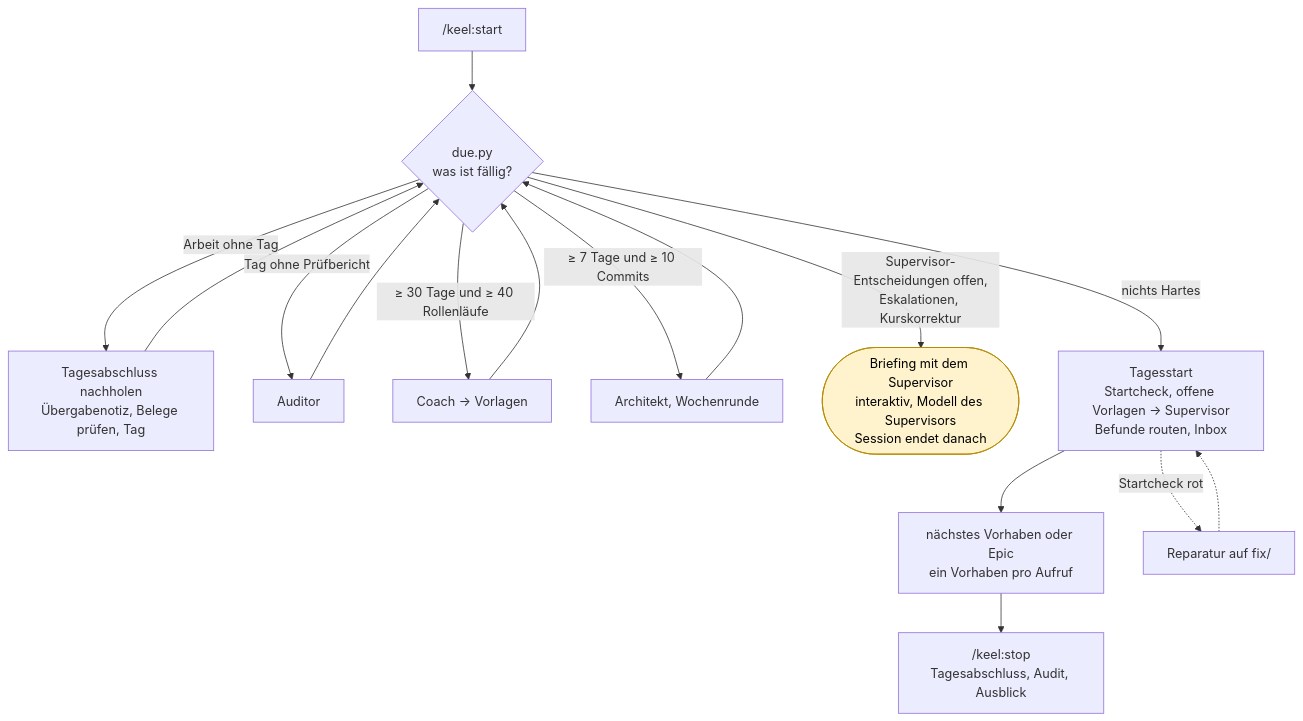
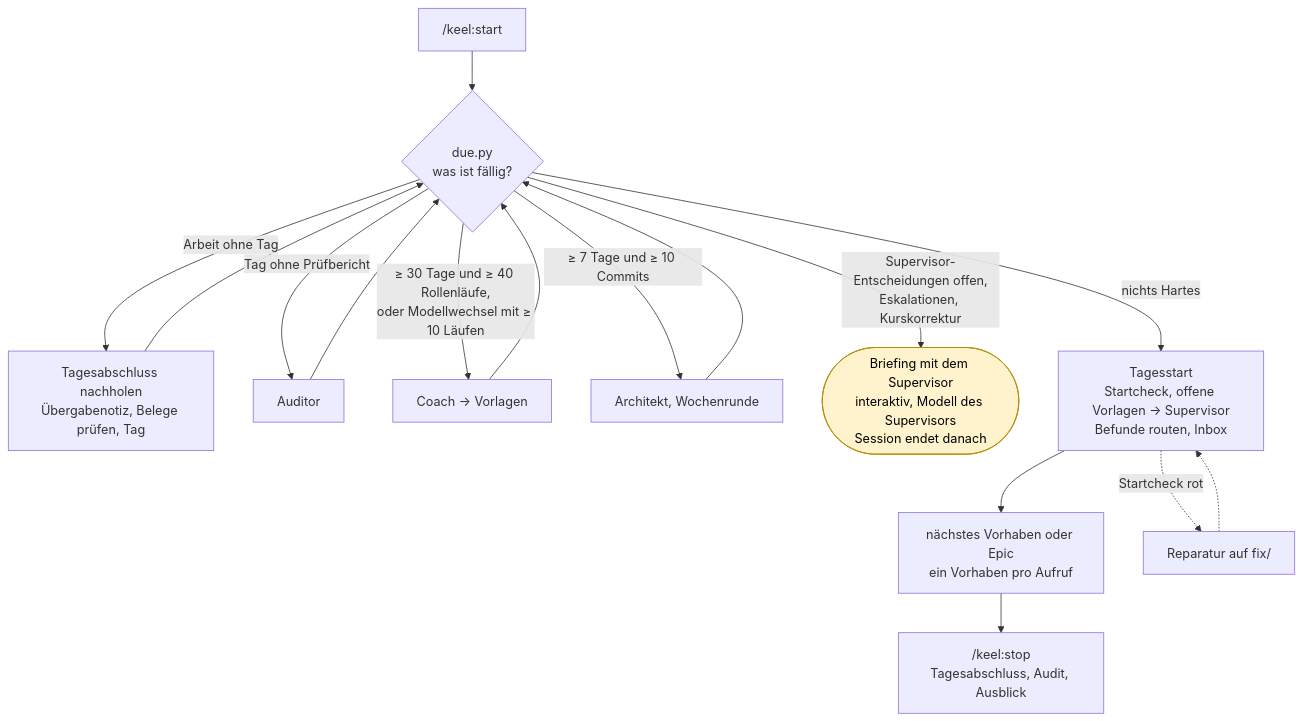
Before and after one commit to xXExceptionXx/keel: the second of 7 diagrams in docs/system.md, drawn with Mermaid. The commit also changed 15 other files, not shown here.

````diff
--- a/docs/system.md
+++ b/docs/system.md
@@ -53,20 +53,20 @@
 ```mermaid
 flowchart TD
     S["/keel:start"] --> D{"due.py<br/>was ist fällig?"}
     D -->|Arbeit ohne Tag| TA["Tagesabschluss nachholen<br/>Übergabenotiz, Belege prüfen, Tag"]
     TA --> D
     D -->|Tag ohne Prüfbericht| AU["Auditor"]
     AU --> D
-    D -->|≥ 30 Tage und ≥ 40 Rollenläufe| CO["Coach → Vorlagen"]
+    D -->|≥ 30 Tage und ≥ 40 Rollenläufe,<br/>oder Modellwechsel mit ≥ 10 Läufen| CO["Coach → Vorlagen"]
     CO --> D
     D -->|≥ 7 Tage und ≥ 10 Commits| AR["Architekt, Wochenrunde"]
     AR --> D
     D -->|Supervisor-Entscheidungen offen,<br/>Eskalationen, Kurskorrektur| BR(["Briefing mit dem Supervisor<br/>interaktiv, Modell des Supervisors<br/>Session endet danach"])
     D -->|nichts Hartes| TS["Tagesstart<br/>Startcheck, offene Vorlagen → Supervisor<br/>Befunde routen, Inbox"]
     TS --> V["nächstes Vorhaben oder Epic<br/>ein Vorhaben pro Aufruf"]
     V --> E["/keel:stop<br/>Tagesabschluss, Audit, Ausblick"]
     TS -. Startcheck rot .-> R["Reparatur auf fix/<ID>"] -.-> TS
 
     classDef human fill:#fff3cd,stroke:#b58900,color:#000
     class BR human
 ```
````
